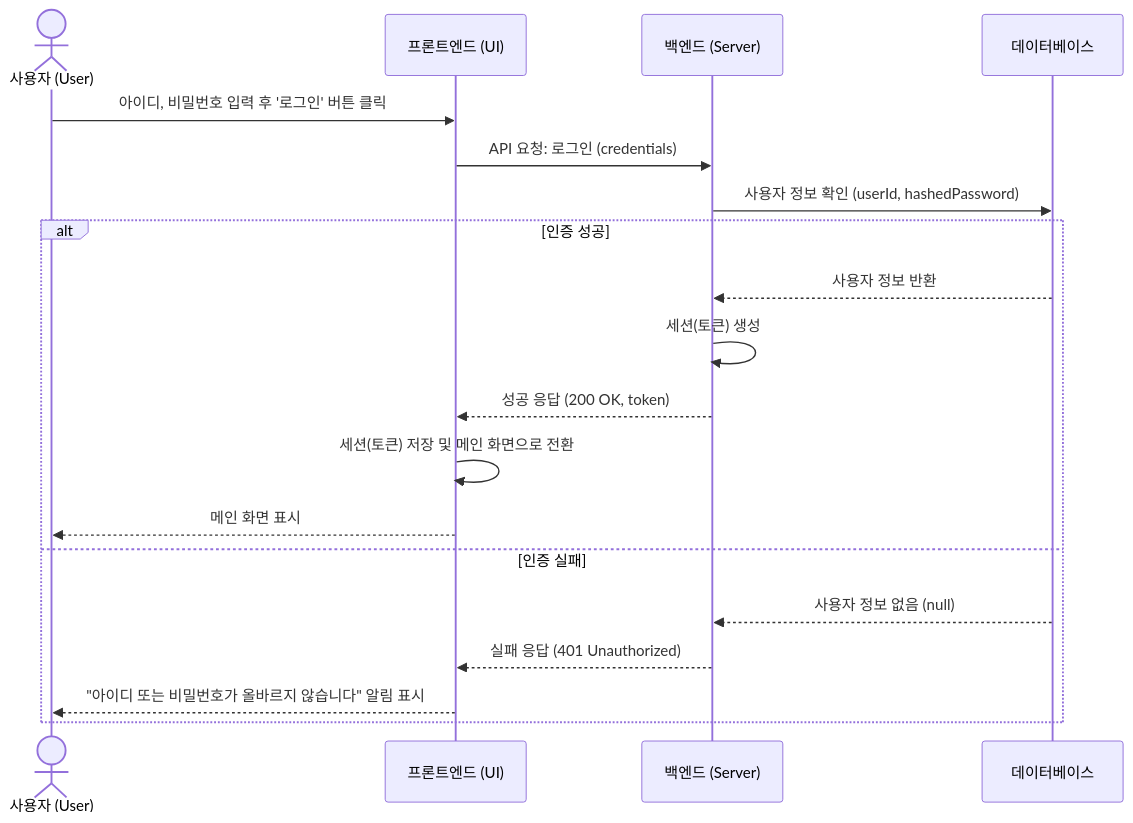
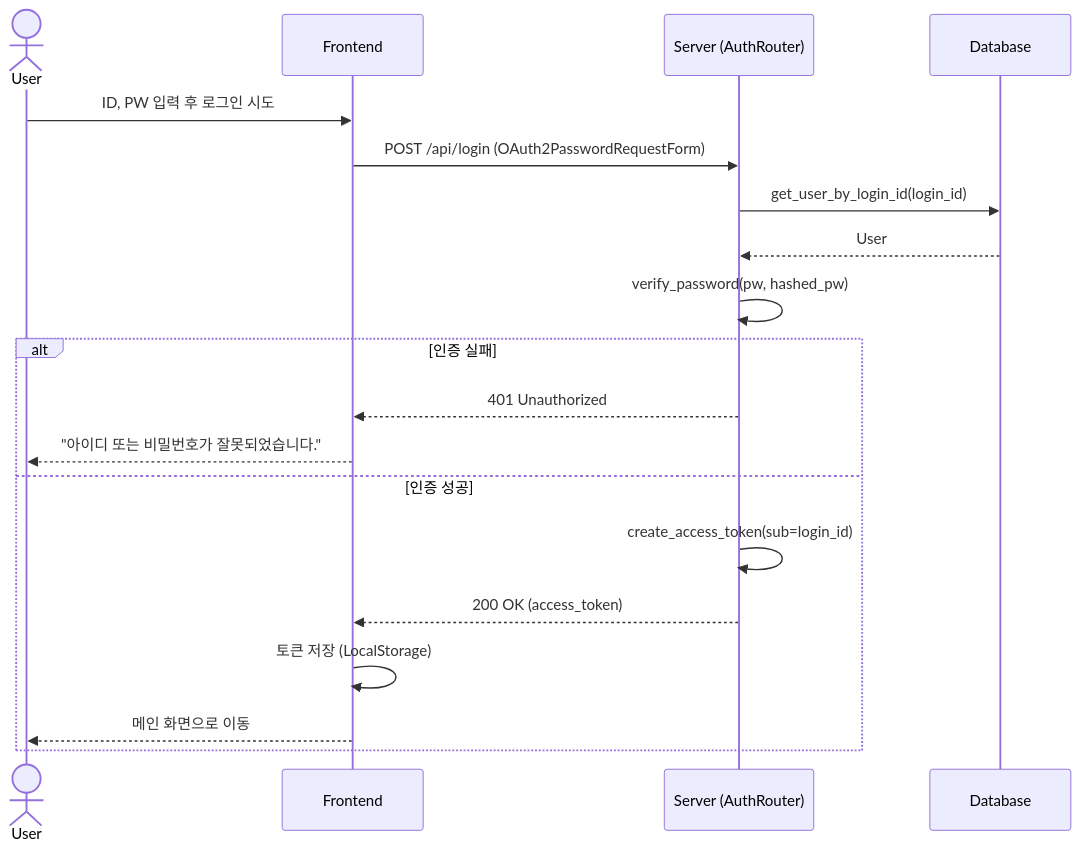
The second of 14 diagrams in 문서/SDS/SDS_[Alphabot]_4_SequenceDiagram.md (YU-SoftwareEng/AlphaBot), drawn with Mermaid before and after one commit. The commit also changed other lines of this file and 4 other files, not shown here.

````diff
--- a/문서/SDS/SDS_[Alphabot]_4_SequenceDiagram.md
+++ b/문서/SDS/SDS_[Alphabot]_4_SequenceDiagram.md
@@ -35,23 +32,25 @@
 ```mermaid
 sequenceDiagram
-    actor 사용자 as 사용자 (User)
-    participant Frontend as 프론트엔드 (UI)
-    participant Backend as 백엔드 (Server)
-    participant DB as 데이터베이스
+    actor User
+    participant Frontend
+    participant Server (AuthRouter)
+    participant Database
 
-    사용자 ->> Frontend: 아이디, 비밀번호 입력 후 '로그인' 버튼 클릭
-    Frontend ->> Backend: API 요청: 로그인 (credentials)
-    Backend ->> DB: 사용자 정보 확인 (userId, hashedPassword)
-
-    alt 인증 성공
-        DB -->> Backend: 사용자 정보 반환
-        Backend ->> Backend: 세션(토큰) 생성
-        Backend -->> Frontend: 성공 응답 (200 OK, token)
-        Frontend ->> Frontend: 세션(토큰) 저장 및 메인 화면으로 전환
-        Frontend -->> 사용자: 메인 화면 표시
-    else 인증 실패
-        DB -->> Backend: 사용자 정보 없음 (null)
-        Backend -->> Frontend: 실패 응답 (401 Unauthorized)
-        Frontend -->> 사용자: "아이디 또는 비밀번호가 올바르지 않습니다" 알림 표시
+    User->>Frontend: ID, PW 입력 후 로그인 시도
+    Frontend->>Server (AuthRouter): POST /api/login (OAuth2PasswordRequestForm)
+    
+    Server (AuthRouter)->>Database: get_user_by_login_id(login_id)
+    Database-->>Server (AuthRouter): User
+    
+    Server (AuthRouter)->>Server (AuthRouter): verify_password(pw, hashed_pw)
+    
+    alt 인증 실패
+        Server (AuthRouter)-->>Frontend: 401 Unauthorized
+        Frontend-->>User: "아이디 또는 비밀번호가 잘못되었습니다."
+    else 인증 성공
+        Server (AuthRouter)->>Server (AuthRouter): create_access_token(sub=login_id)
+        Server (AuthRouter)-->>Frontend: 200 OK (access_token)
+        Frontend->>Frontend: 토큰 저장 (LocalStorage)
+        Frontend-->>User: 메인 화면으로 이동
     end
 ```
````
